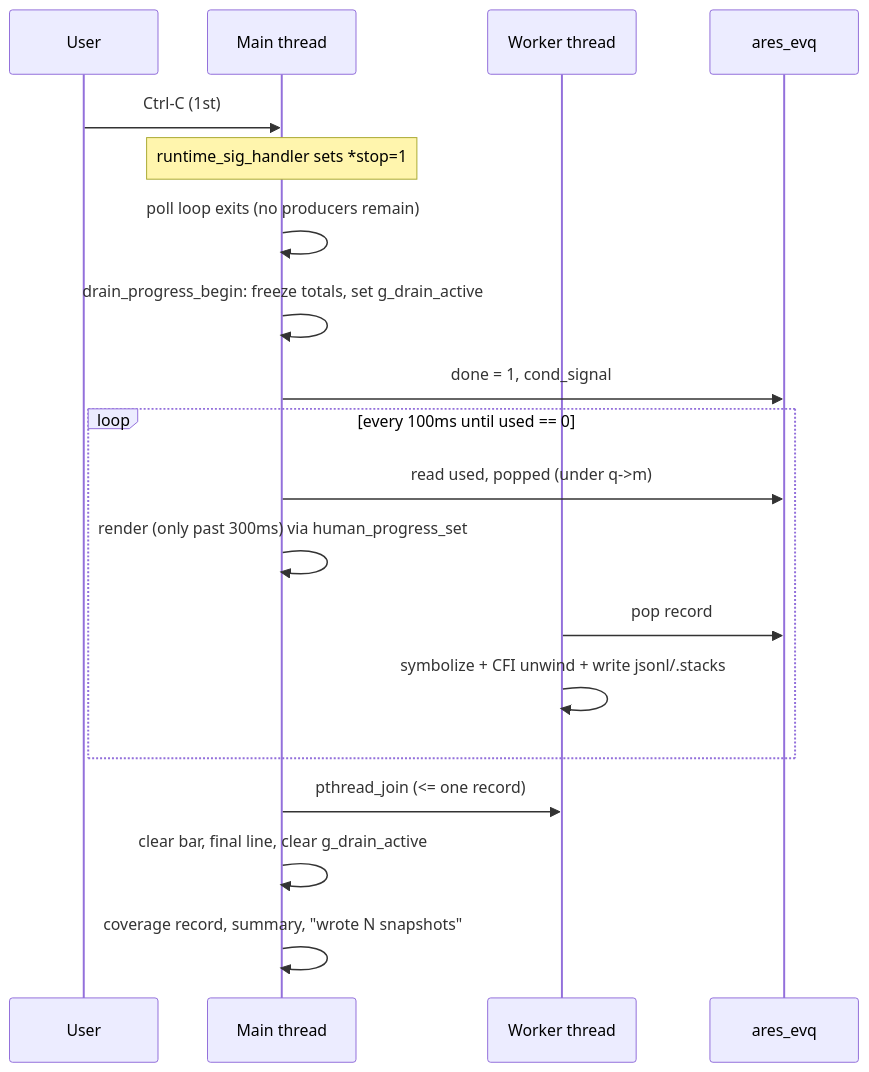
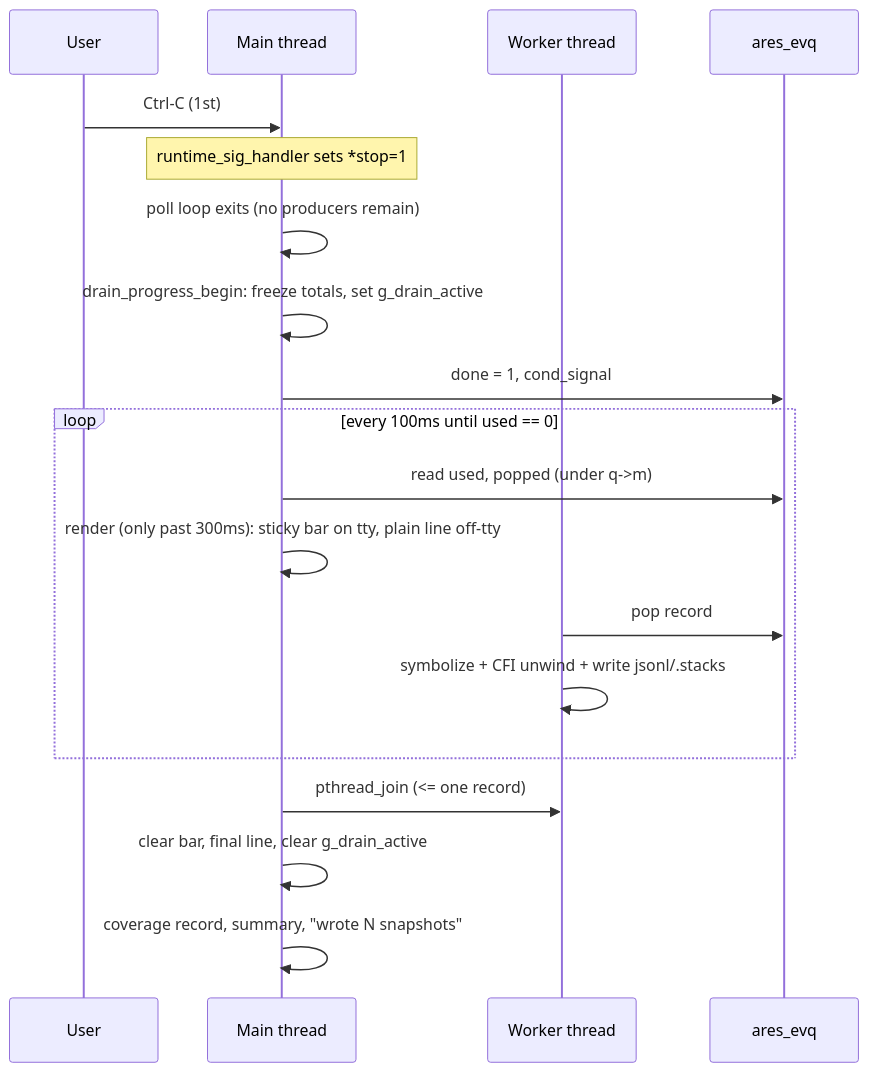
Before and after one commit to michaelaurelio/Anubee: the third of 3 diagrams in DOCUMENTATION.md, drawn with Mermaid. The commit also changed other lines of this file and 1 other file, not shown here.

Commit message:
docs: correct drain-progress render split, flush mask value, done-flag wording

````diff
--- a/DOCUMENTATION.md
+++ b/DOCUMENTATION.md
@@ -1375,22 +1375,22 @@
 ```mermaid
 sequenceDiagram
     participant U as User
     participant M as Main thread
     participant W as Worker thread
     participant Q as ares_evq
 
     U->>M: Ctrl-C (1st)
     Note over M: runtime_sig_handler sets *stop=1
     M->>M: poll loop exits (no producers remain)
     M->>M: drain_progress_begin: freeze totals, set g_drain_active
     M->>Q: done = 1, cond_signal
     loop every 100ms until used == 0
         M->>Q: read used, popped (under q->m)
-        M->>M: render (only past 300ms) via human_progress_set
+        M->>M: render (only past 300ms): sticky bar on tty, plain line off-tty
         W->>Q: pop record
         W->>W: symbolize + CFI unwind + write jsonl/.stacks
     end
     M->>W: pthread_join (<= one record)
     M->>M: clear bar, final line, clear g_drain_active
     M->>M: coverage record, summary, "wrote N snapshots"
 ```
````
